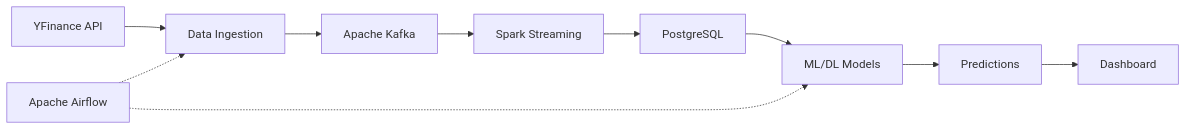
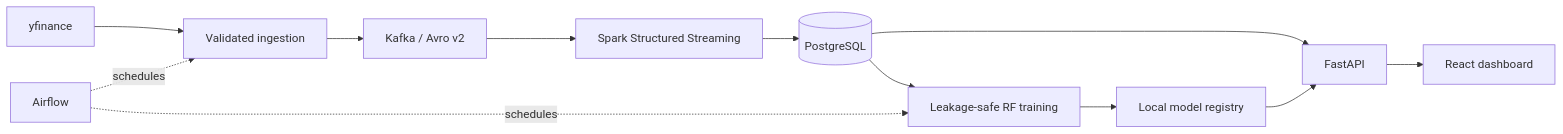
Before and after one commit to hquan07/Real-Time_Stock_Prediction_Pipeline: the diagram in README.md, drawn with Mermaid. The commit also changed other lines of this file and 227 other files, not shown here.

````diff
--- a/README.md
+++ b/README.md
@@ -7,12 +14,14 @@
 ```mermaid
 flowchart LR
-    A[YFinance API] --> B[Data Ingestion]
-    B --> C[Apache Kafka]
-    C --> D[Spark Streaming]
-    D --> E[PostgreSQL]
-    E --> F[ML/DL Models]
-    F --> G[Predictions]
-    G --> H[Dashboard]
-    I[Apache Airflow] -.-> B
-    I -.-> F
+    YF[yfinance] --> ING[Validated ingestion]
+    ING --> K[Kafka / Avro v2]
+    K --> S[Spark Structured Streaming]
+    S --> PG[(PostgreSQL)]
+    PG --> ML[Leakage-safe RF training]
+    ML --> REG[Local model registry]
+    PG --> API[FastAPI]
+    REG --> API
+    API --> WEB[React dashboard]
+    AF[Airflow] -. schedules .-> ING
+    AF -. schedules .-> ML
 ```
````
